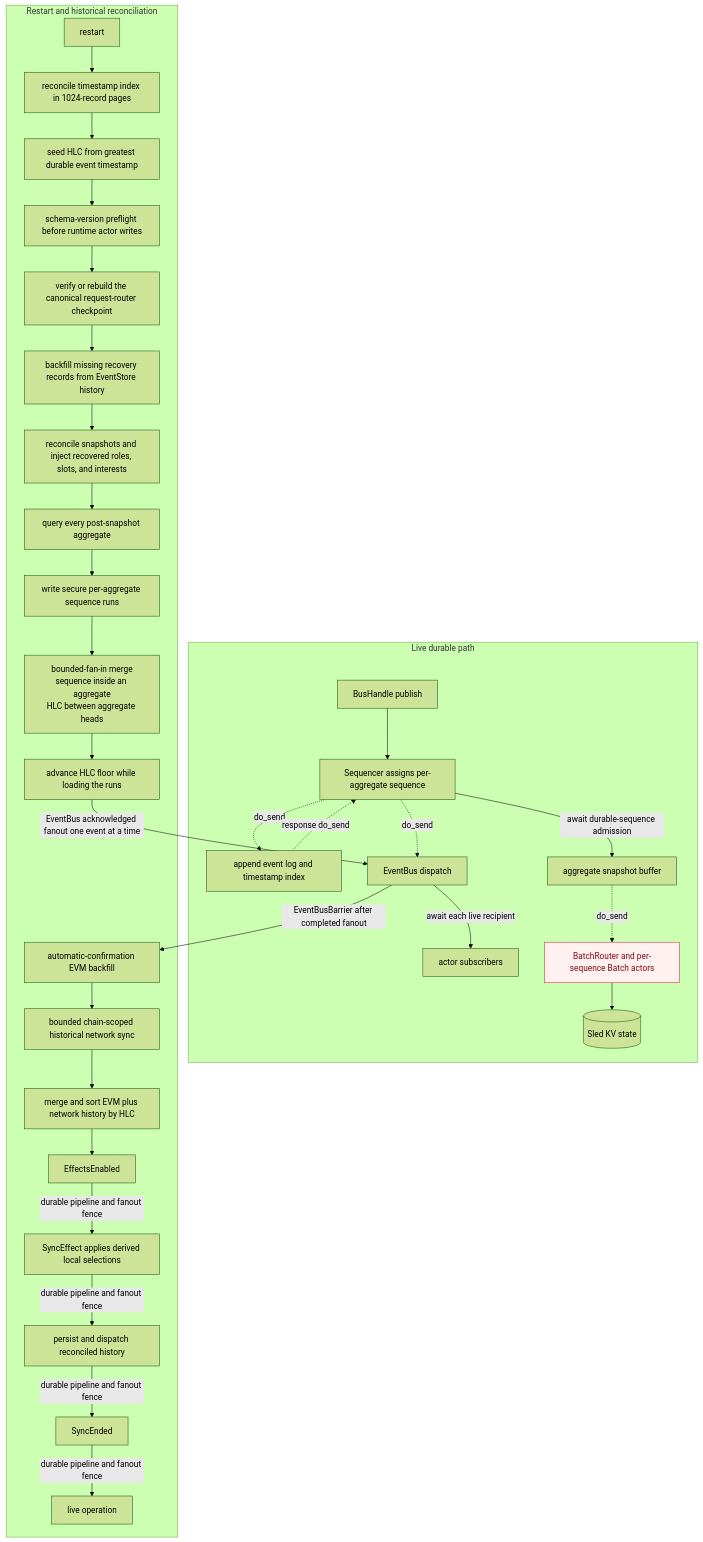
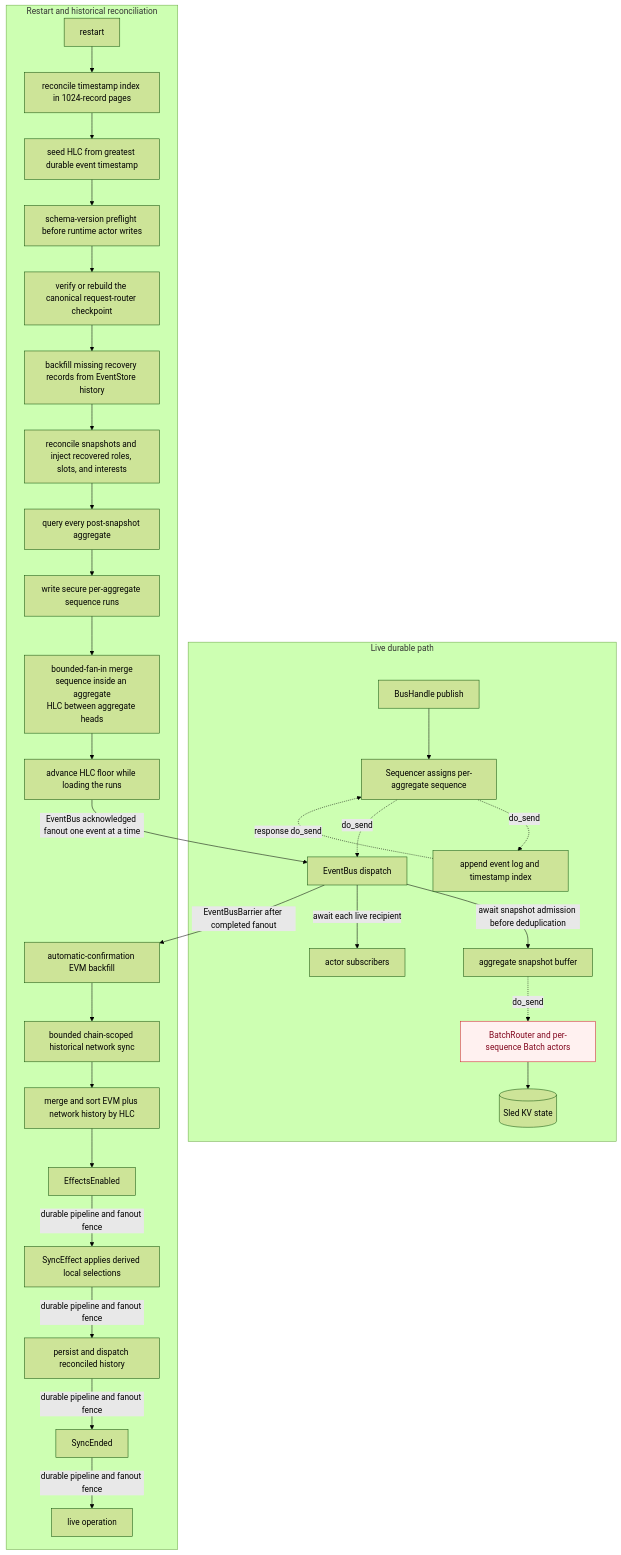
Before and after one commit to theinterfold/interfold: the fifth of 15 diagrams in agent/CRATES_ARCHITECTURE.md, drawn with Mermaid (forest theme). The commit also changed other lines of this file and 10 other files, not shown here.

````diff
--- a/agent/CRATES_ARCHITECTURE.md
+++ b/agent/CRATES_ARCHITECTURE.md
@@ -328,38 +328,38 @@
 ```mermaid
 flowchart TD
     subgraph LivePath[Live durable path]
         Publish[BusHandle publish] --> Sequencer[Sequencer assigns per-aggregate sequence]
         Sequencer -. do_send .-> EventStore[append event log and timestamp index]
         EventStore -. response do_send .-> Sequencer
-        Sequencer -->|await durable-sequence admission| SnapshotBuffer[aggregate snapshot buffer]
         Sequencer -. do_send .-> Dispatch[EventBus dispatch]
+        Dispatch -->|await snapshot admission before deduplication| SnapshotBuffer[aggregate snapshot buffer]
         Dispatch -->|await each live recipient| Subscribers[actor subscribers]
         SnapshotBuffer -. do_send .-> SnapshotRouter[BatchRouter and per-sequence Batch actors]
         SnapshotRouter --> Repositories[(Sled KV state)]
     end
 
     subgraph Recovery[Restart and historical reconciliation]
         Restart[restart] --> Index[reconcile timestamp index in 1024-record pages]
         Index --> ClockFloor[seed HLC from greatest durable event timestamp]
         ClockFloor --> Schema[schema-version preflight before runtime actor writes]
         Schema --> RouterCursor[verify or rebuild the canonical request-router checkpoint]
         RouterCursor --> Backfill[backfill missing recovery records from EventStore history]
         Backfill --> SnapshotMeta[reconcile snapshots and inject recovered roles, slots, and interests]
         SnapshotMeta --> Query[query every post-snapshot aggregate]
         Query --> Runs[write secure per-aggregate sequence runs]
         Runs --> GlobalOrder[bounded-fan-in merge<br/>sequence inside an aggregate<br/>HLC between aggregate heads]
         GlobalOrder --> ReplayFloor[advance HLC floor while loading the runs]
         ReplayFloor -->|EventBus acknowledged fanout one event at a time| Dispatch
         Dispatch -->|EventBusBarrier after completed fanout| EvmBackfill[automatic-confirmation EVM backfill]
         EvmBackfill --> NetBackfill[bounded chain-scoped historical network sync]
         NetBackfill --> Merge[merge and sort EVM plus network history by HLC]
         Merge --> Enable[EffectsEnabled]
         Enable -->|durable pipeline and fanout fence| Resume[SyncEffect applies derived local selections]
         Resume -->|durable pipeline and fanout fence| PersistHistory[persist and dispatch reconciled history]
         PersistHistory -->|durable pipeline and fanout fence| End[SyncEnded]
         End -->|durable pipeline and fanout fence| Live[live operation]
     end
 
     classDef residual fill:#fff1f0,stroke:#cf222e,color:#82071e
     class SnapshotRouter residual
 ```
````
